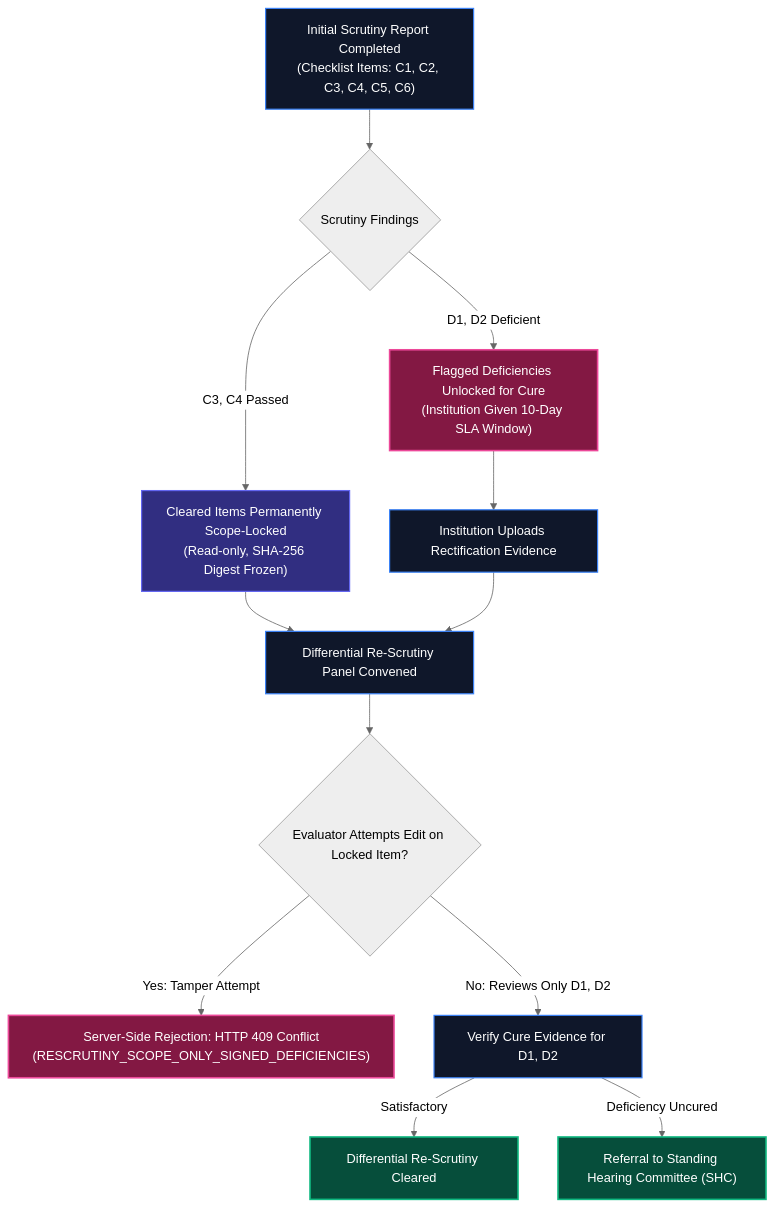
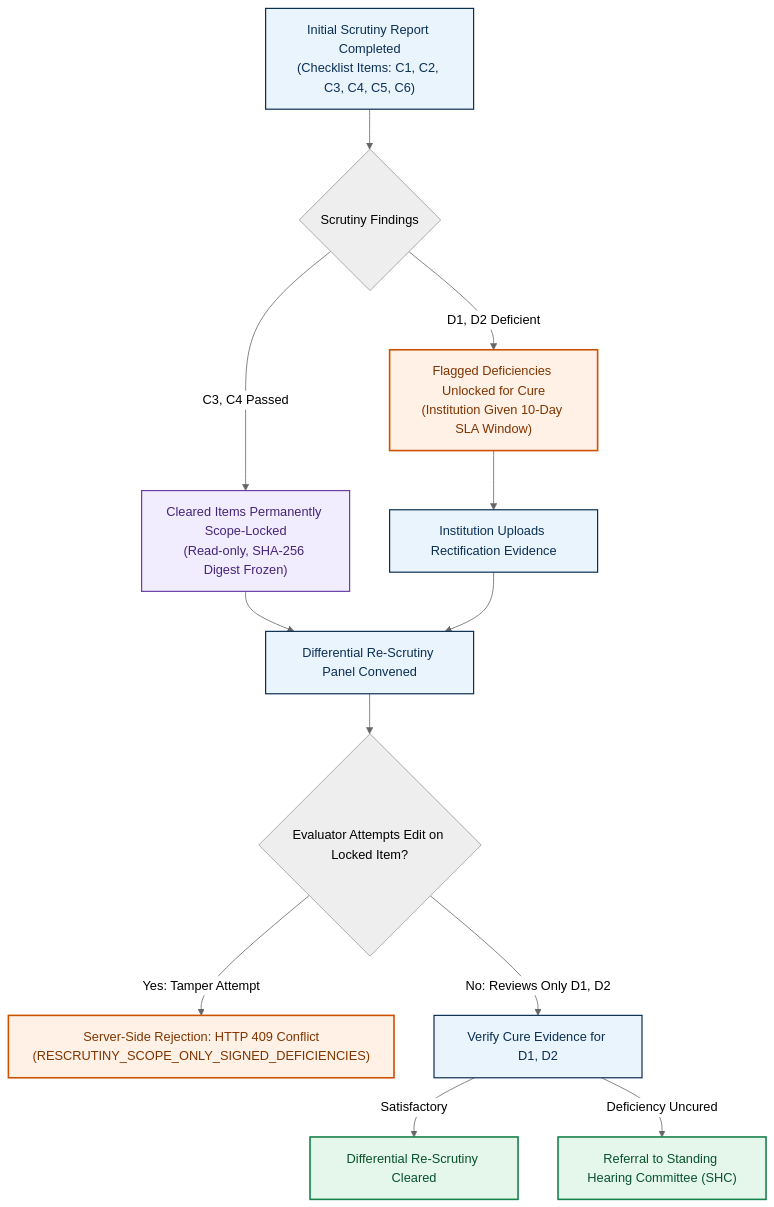
The seventh of 11 diagrams in README.md (Parth-Chavan-15/SIH-2026-AICTE), drawn with Mermaid (neutral theme) before and after one commit. The commit also changed other lines of this file, not shown here.

````diff
--- a/README.md
+++ b/README.md
@@ -239,21 +250,21 @@
 ```mermaid
 flowchart TD
-    classDef step fill:#0f172a,stroke:#3b82f6,stroke-width:1.5px,color:#fff;
-    classDef locked fill:#312e81,stroke:#6366f1,stroke-width:1.5px,color:#fff;
-    classDef unlocked fill:#831843,stroke:#ec4899,stroke-width:2px,color:#fff;
-    classDef terminal fill:#064e3b,stroke:#10b981,stroke-width:2px,color:#fff;
+    classDef step fill:#EAF4FC,stroke:#0B2F54,stroke-width:1.5px,color:#0B2F54;
+    classDef locked fill:#F2ECFF,stroke:#6941A5,stroke-width:1.5px,color:#452479;
+    classDef unlocked fill:#FFF1E6,stroke:#CC5200,stroke-width:2px,color:#803400;
+    classDef terminal fill:#E5F7EA,stroke:#16834B,stroke-width:2px,color:#08522D;
 
     A["Initial Scrutiny Report Completed<br/>(Checklist Items: C1, C2, C3, C4, C5, C6)"]:::step --> B{"Scrutiny Findings"}
     B -->|C3, C4 Passed| C["Cleared Items Permanently Scope-Locked<br/>(Read-only, SHA-256 Digest Frozen)"]:::locked
     B -->|D1, D2 Deficient| D["Flagged Deficiencies Unlocked for Cure<br/>(Institution Given 10-Day SLA Window)"]:::unlocked
     
     D --> E["Institution Uploads Rectification Evidence"]:::step
     C --> F["Differential Re-Scrutiny Panel Convened"]:::step
     E --> F
     
     F --> G{"Evaluator Attempts Edit on Locked Item?"}
     G -->|Yes: Tamper Attempt| H["Server-Side Rejection: HTTP 409 Conflict<br/>(RESCRUTINY_SCOPE_ONLY_SIGNED_DEFICIENCIES)"]:::unlocked
     G -->|No: Reviews Only D1, D2| I["Verify Cure Evidence for D1, D2"]:::step
     I -->|Satisfactory| J["Differential Re-Scrutiny Cleared"]:::terminal
     I -->|Deficiency Uncured| K["Referral to Standing Hearing Committee (SHC)"]:::terminal
 ```
````
